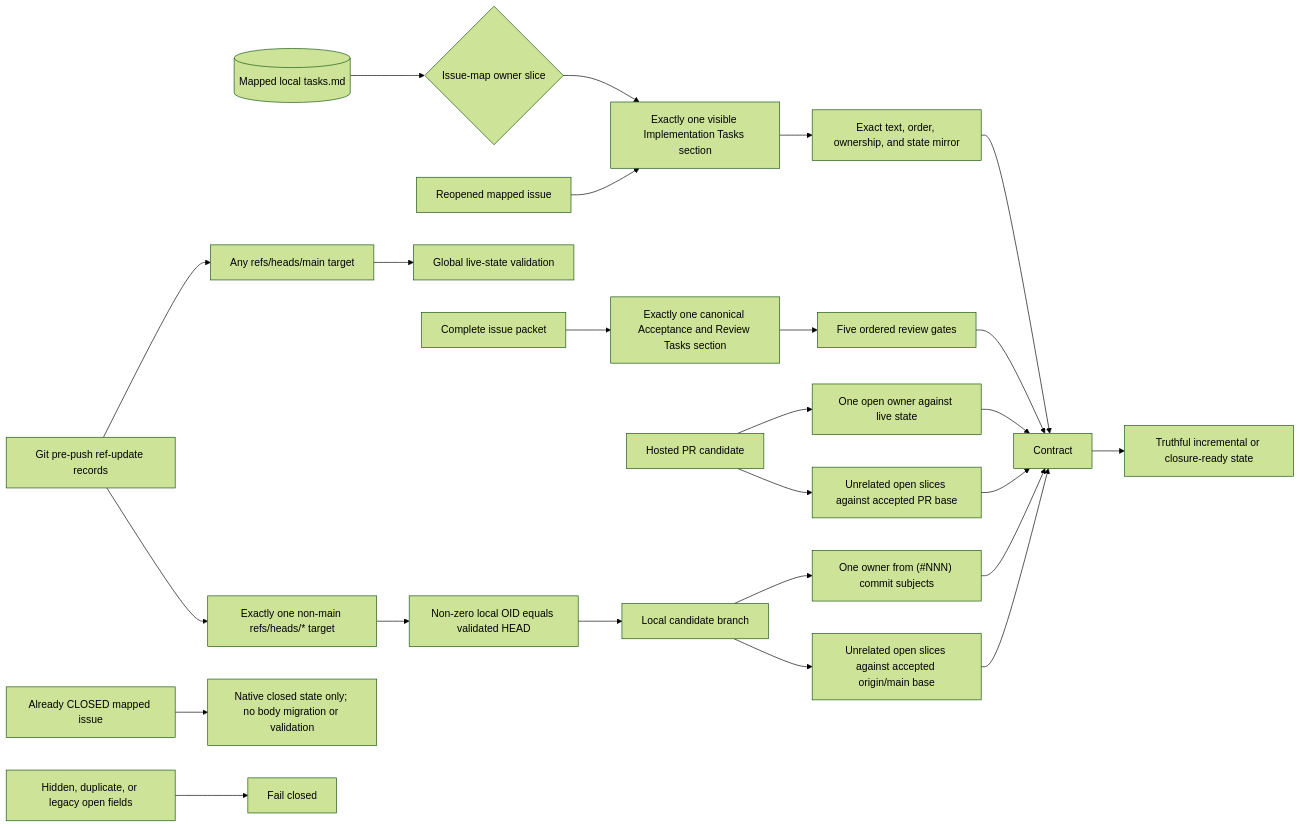
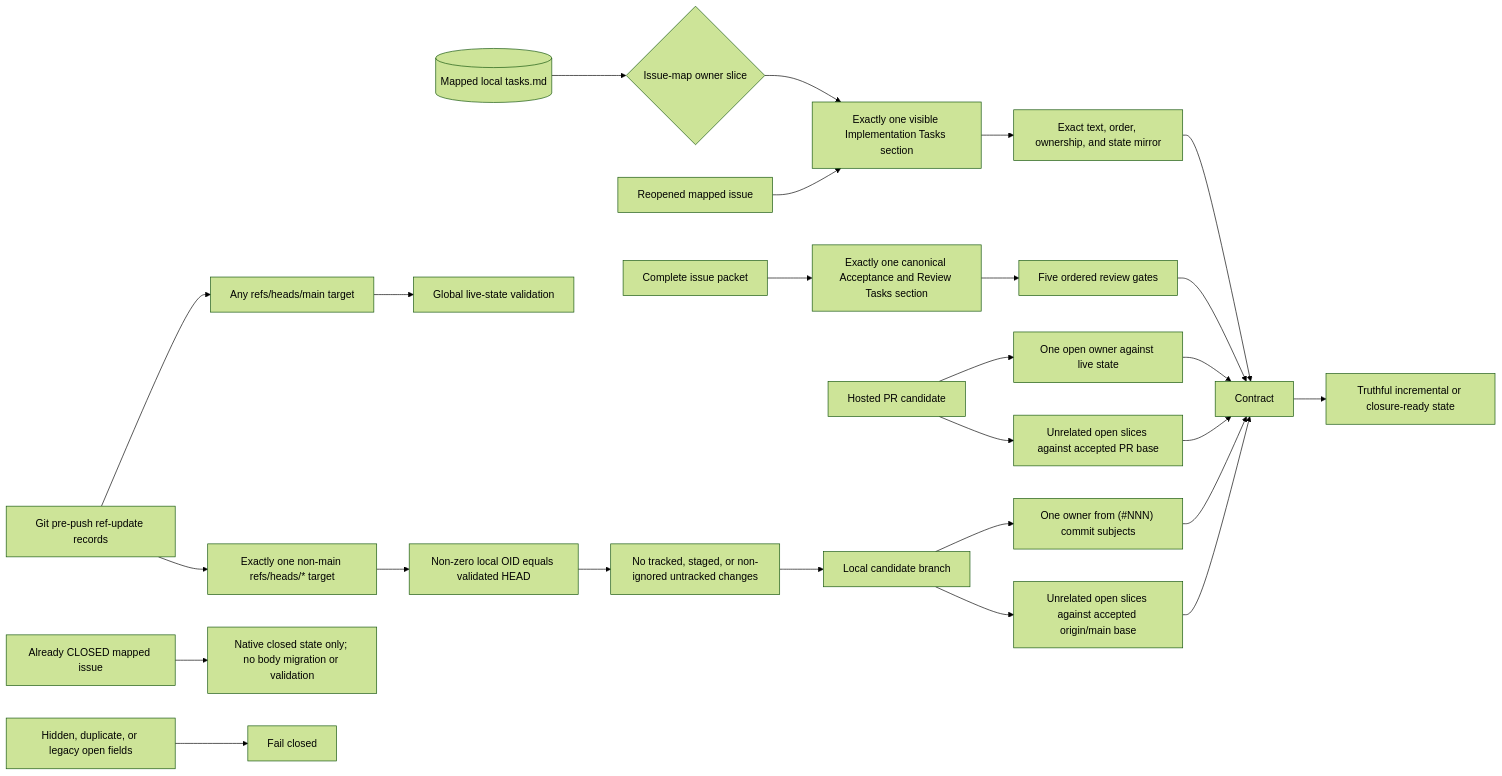
One commit to styler-ai/ProjectAtlas changed the first of 28 diagrams in docs/v050-release-architecture.md. Above: the diagram before and after it, drawn with Mermaid (forest theme). The commit also changed 6 other files, not shown here.

````diff
--- a/docs/v050-release-architecture.md
+++ b/docs/v050-release-architecture.md
@@ -7,27 +7,28 @@
 ```mermaid
 flowchart LR
     LocalTasks[(Mapped local tasks.md)] --> OwnerSlice{Issue-map owner slice}
     OwnerSlice --> Implementation[Exactly one visible Implementation Tasks section]
     IssuePacket[Complete issue packet] --> Acceptance[Exactly one canonical Acceptance and Review Tasks section]
     Implementation --> Sync[Exact text, order, ownership, and state mirror]
     Acceptance --> Gates[Five ordered review gates]
     Sync --> Contract
     Gates --> Contract
     PR[Hosted PR candidate] --> Owner[One open owner against live state]
     PR --> Base[Unrelated open slices against accepted PR base]
     Push[Git pre-push ref-update records] --> MainTarget["Any refs/heads/main target"]
     Push --> CandidateTarget["Exactly one non-main refs/heads/* target"]
     MainTarget --> Global[Global live-state validation]
     CandidateTarget --> CandidateObject["Non-zero local OID equals validated HEAD"]
-    CandidateObject --> Candidate[Local candidate branch]
+    CandidateObject --> CandidateClean["No tracked, staged, or non-ignored untracked changes"]
+    CandidateClean --> Candidate[Local candidate branch]
     Candidate --> CandidateOwner["One owner from (#NNN) commit subjects"]
     Candidate --> CandidateBase["Unrelated open slices against accepted origin/main base"]
     Owner --> Contract
     Base --> Contract
     CandidateOwner --> Contract
     CandidateBase --> Contract
     Closed[Already CLOSED mapped issue] --> Inert[Native closed state only; no body migration or validation]
     Reopened[Reopened mapped issue] --> Implementation
     Hidden[Hidden, duplicate, or legacy open fields] --> Reject[Fail closed]
     Contract --> Ready[Truthful incremental or closure-ready state]
 ```
````
